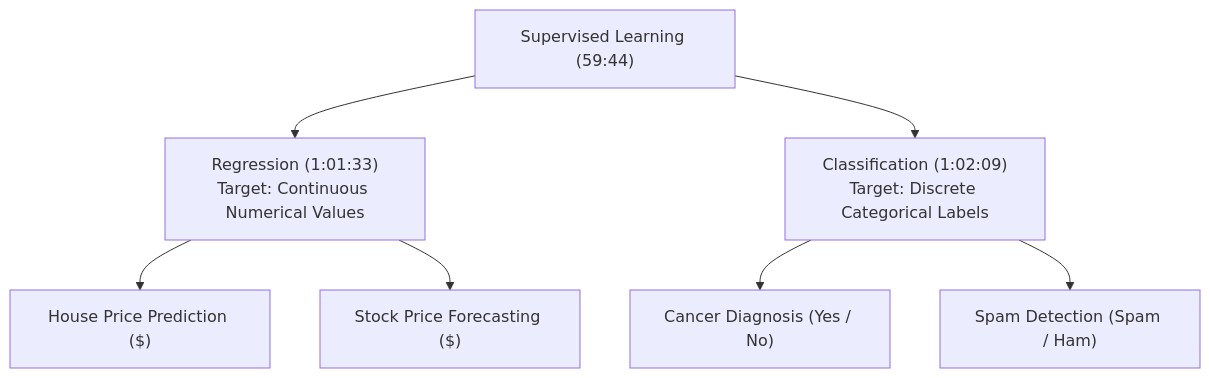
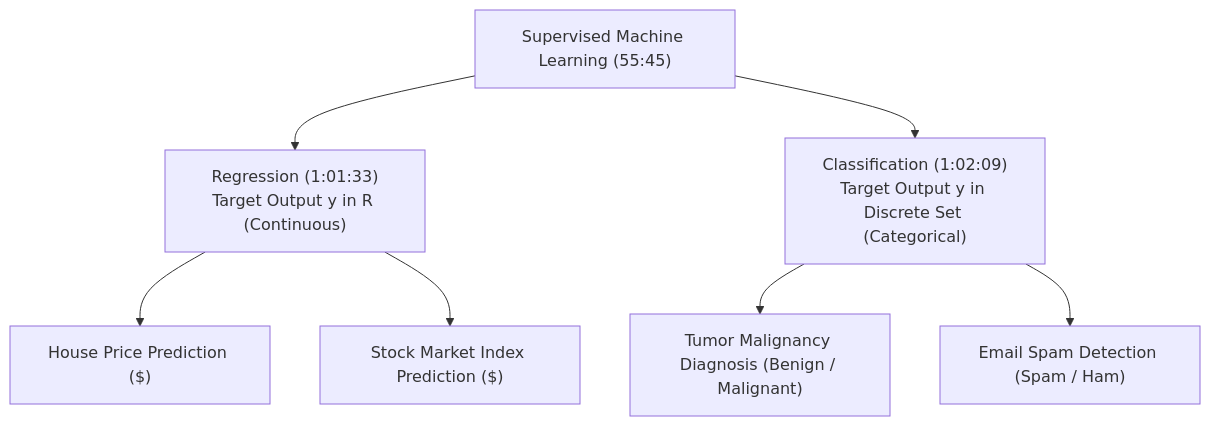
The third of 3 diagrams in 01_RAW/PROCESS/learn-core-machine-learning-part-02.md (xrcodexcode/xr_node), drawn with Mermaid before and after one commit. The commit also changed other lines of this file and 15 other files, not shown here.

````diff
--- a/01_RAW/PROCESS/learn-core-machine-learning-part-02.md
+++ b/01_RAW/PROCESS/learn-core-machine-learning-part-02.md
@@ -120,9 +124,9 @@
 ```mermaid
-graph TD
-    SL["Supervised Learning (59:44)"] --> Reg["Regression (1:01:33)<br/>Target: Continuous Numerical Values"]
-    SL --> Class["Classification (1:02:09)<br/>Target: Discrete Categorical Labels"]
-    Reg --> Ex1["House Price Prediction ($)"]
-    Reg --> Ex2["Stock Price Forecasting ($)"]
-    Class --> Ex3["Cancer Diagnosis (Yes / No)"]
-    Class --> Ex4["Spam Detection (Spam / Ham)"]
+flowchart TD
+    Supervised["Supervised Machine Learning (55:45)"] --> Reg["Regression (1:01:33)<br/>Target Output y in R (Continuous)"]
+    Supervised --> Class["Classification (1:02:09)<br/>Target Output y in Discrete Set (Categorical)"]
+    Reg --> R1["House Price Prediction ($)"]
+    Reg --> R2["Stock Market Index Prediction ($)"]
+    Class --> C1["Tumor Malignancy Diagnosis (Benign / Malignant)"]
+    Class --> C2["Email Spam Detection (Spam / Ham)"]
 ```
````
